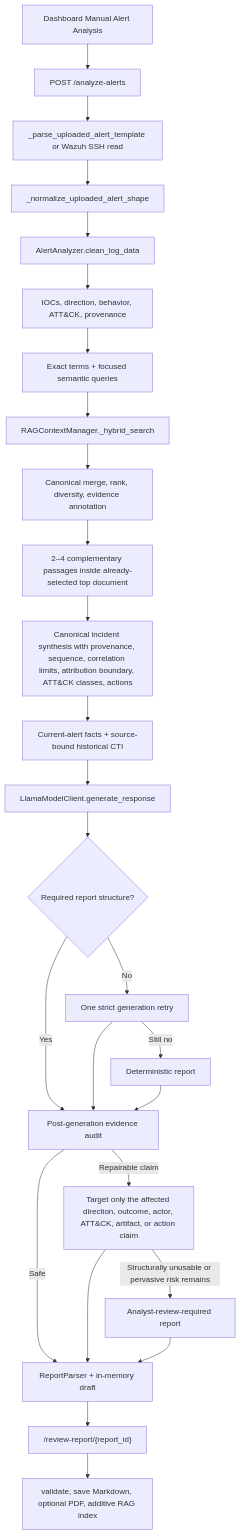
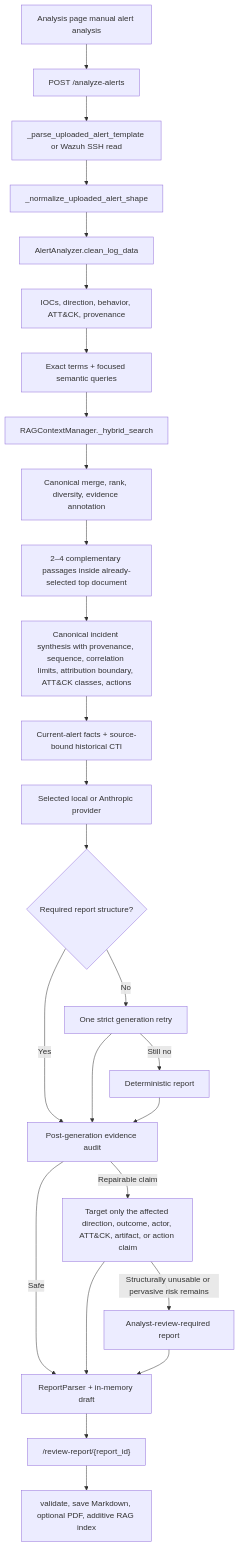
Before and after one commit to Vic1109/ICT2114_Team5: the second of 2 diagrams in docs/rag-architecture.md, drawn with Mermaid. The commit also changed other lines of this file and 11 other files, not shown here.

````diff
--- a/docs/rag-architecture.md
+++ b/docs/rag-architecture.md
@@ -214,28 +214,28 @@
 ```mermaid
 flowchart TD
-    PAGE["Dashboard Manual Alert Analysis"] --> POST["POST /analyze-alerts"]
+    PAGE["Analysis page manual alert analysis"] --> POST["POST /analyze-alerts"]
     POST --> PARSE["_parse_uploaded_alert_template or Wazuh SSH read"]
     PARSE --> NORMALIZE["_normalize_uploaded_alert_shape"]
     NORMALIZE --> CLEAN["AlertAnalyzer.clean_log_data"]
     CLEAN --> EVIDENCE["IOCs, direction, behavior, ATT&CK, provenance"]
     EVIDENCE --> TERMS["Exact terms + focused semantic queries"]
     TERMS --> HYBRID["RAGContextManager._hybrid_search"]
     HYBRID --> RANK["Canonical merge, rank, diversity, evidence annotation"]
     RANK --> EXPAND["2–4 complementary passages inside already-selected top document"]
     EXPAND --> SYNTHESIS["Canonical incident synthesis with provenance, sequence, correlation limits, attribution boundary, ATT&CK classes, actions"]
     SYNTHESIS --> BOUNDARY["Current-alert facts + source-bound historical CTI"]
-    BOUNDARY --> QWEN["LlamaModelClient.generate_response"]
-    QWEN --> STRUCTURE{"Required report structure?"}
+    BOUNDARY --> PROVIDER["Selected local or Anthropic provider"]
+    PROVIDER --> STRUCTURE{"Required report structure?"}
     STRUCTURE -->|No| RETRY["One strict generation retry"]
     RETRY -->|Still no| FALLBACK["Deterministic report"]
     STRUCTURE -->|Yes| CLAIMS["Post-generation evidence audit"]
     RETRY --> CLAIMS
     FALLBACK --> CLAIMS
     CLAIMS -->|Repairable claim| REPAIR["Target only the affected direction, outcome, actor, ATT&CK, artifact, or action claim"]
     REPAIR -->|Structurally unusable or pervasive risk remains| CLOSED["Analyst-review-required report"]
     CLAIMS -->|Safe| DRAFT["ReportParser + in-memory draft"]
     REPAIR --> DRAFT
     CLOSED --> DRAFT
     DRAFT --> REVIEW["/review-report/{report_id}"]
     REVIEW --> APPROVE["validate, save Markdown, optional PDF, additive RAG index"]
 ```
````
